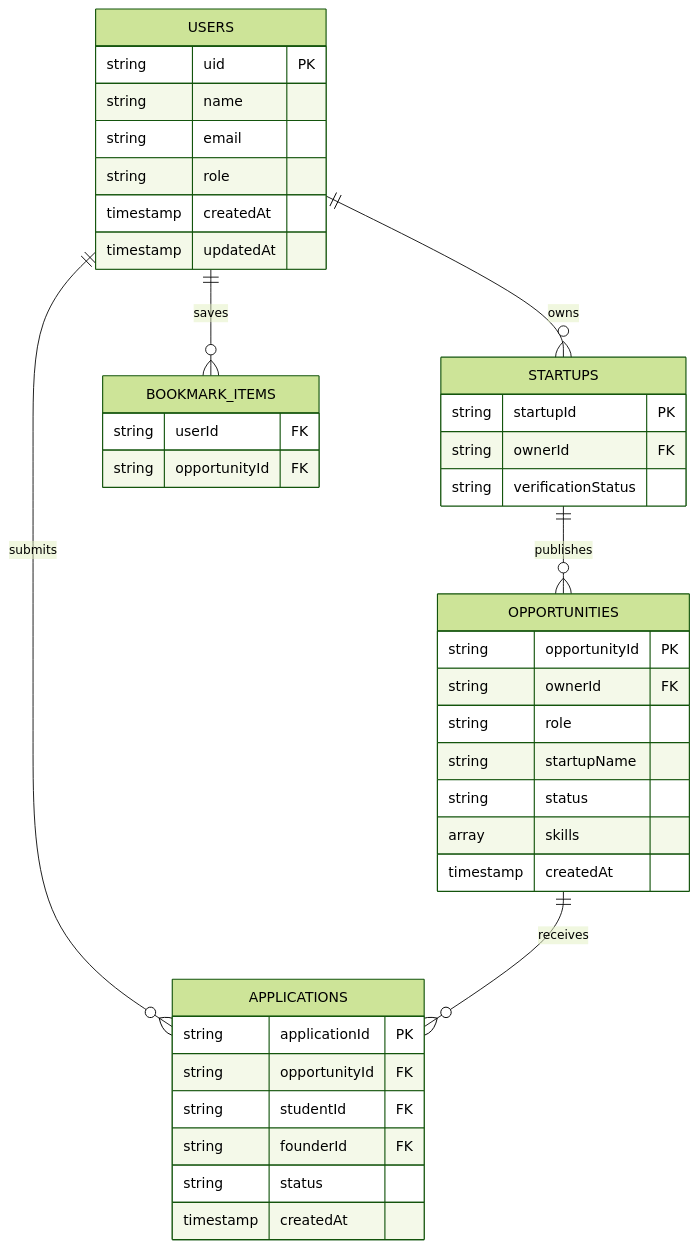
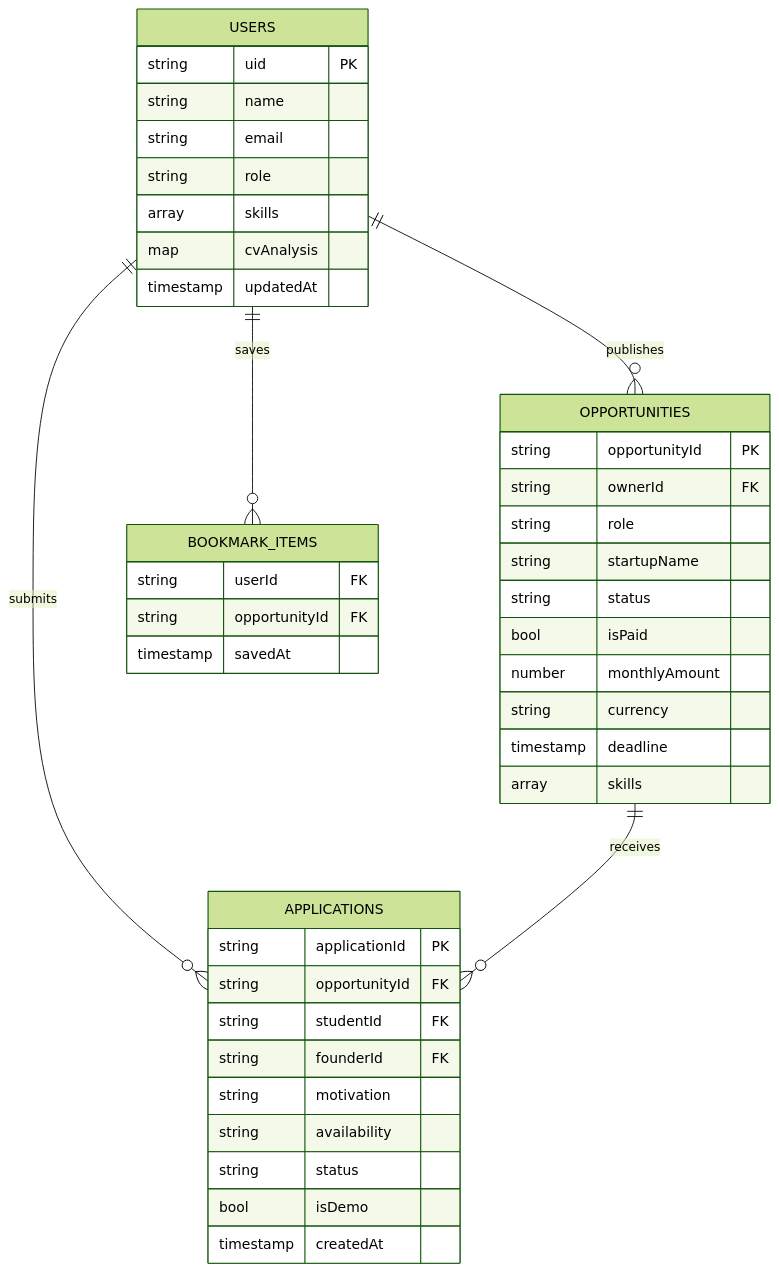
The diagram in docs/firestore_schema.mmd (SpaceMan619/unfold-alu), drawn with Mermaid (forest theme) before and after one commit. The commit also changed 41 other files, not shown here.

```diff
--- a/docs/firestore_schema.mmd
+++ b/docs/firestore_schema.mmd
@@ -1,40 +1,42 @@
 erDiagram
-    USERS ||--o{ STARTUPS : owns
+    USERS ||--o{ OPPORTUNITIES : publishes
     USERS ||--o{ APPLICATIONS : submits
     USERS ||--o{ BOOKMARK_ITEMS : saves
-    STARTUPS ||--o{ OPPORTUNITIES : publishes
     OPPORTUNITIES ||--o{ APPLICATIONS : receives
     USERS {
       string uid PK
       string name
       string email
       string role
-      timestamp createdAt
+      array skills
+      map cvAnalysis
       timestamp updatedAt
-    }
-    STARTUPS {
-      string startupId PK
-      string ownerId FK
-      string verificationStatus
     }
     OPPORTUNITIES {
       string opportunityId PK
       string ownerId FK
       string role
       string startupName
       string status
+      bool isPaid
+      number monthlyAmount
+      string currency
+      timestamp deadline
       array skills
-      timestamp createdAt
     }
     APPLICATIONS {
       string applicationId PK
       string opportunityId FK
       string studentId FK
       string founderId FK
+      string motivation
+      string availability
       string status
+      bool isDemo
       timestamp createdAt
     }
     BOOKMARK_ITEMS {
       string userId FK
       string opportunityId FK
+      timestamp savedAt
     }
```
